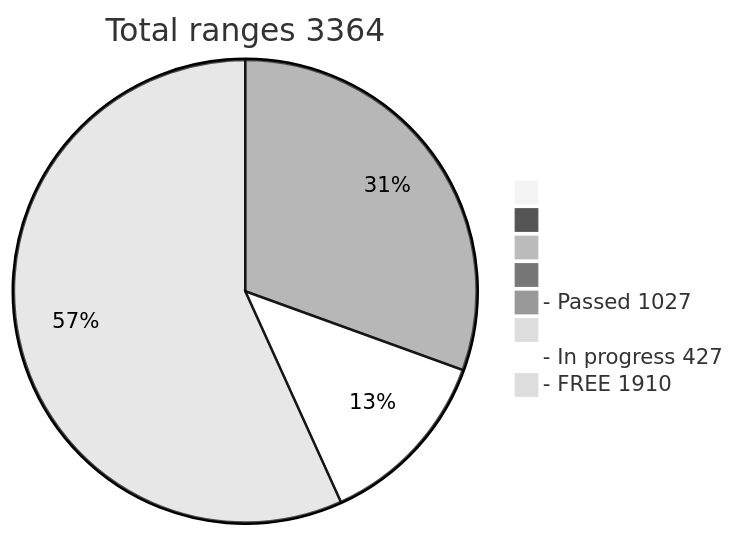
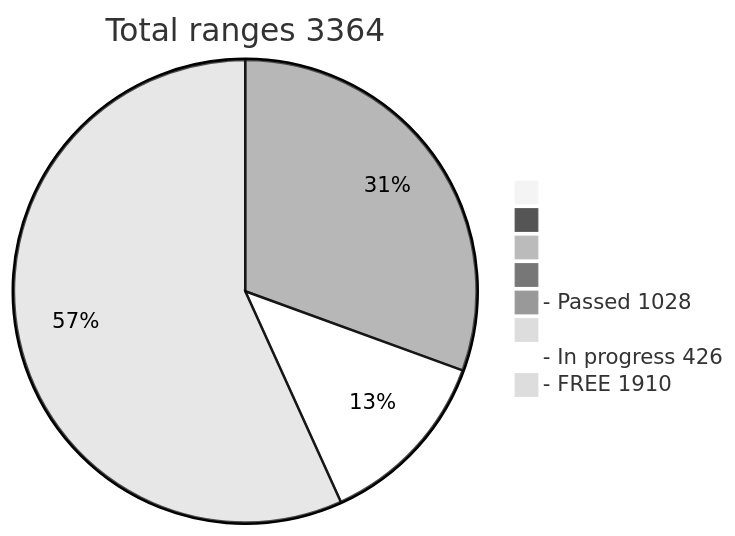
One commit to phrutis/wif500 changed the diagram in README.md. Above: the diagram before and after it, drawn with Mermaid (neutral theme).

````diff
--- a/README.md
+++ b/README.md
@@ -16,12 +16,12 @@
 ```mermaid
 pie title Total ranges 3364
              " " : 0
             "  " : 0
            "   " : 0
           "    " : 0
-  "- Passed 1027" : 1027
+  "- Passed 1028" : 1028
          "     " : 0
-  "- In progress 427" : 427
+  "- In progress 426" : 426
    "- FREE 1910" : 1910
    
 ```
````
